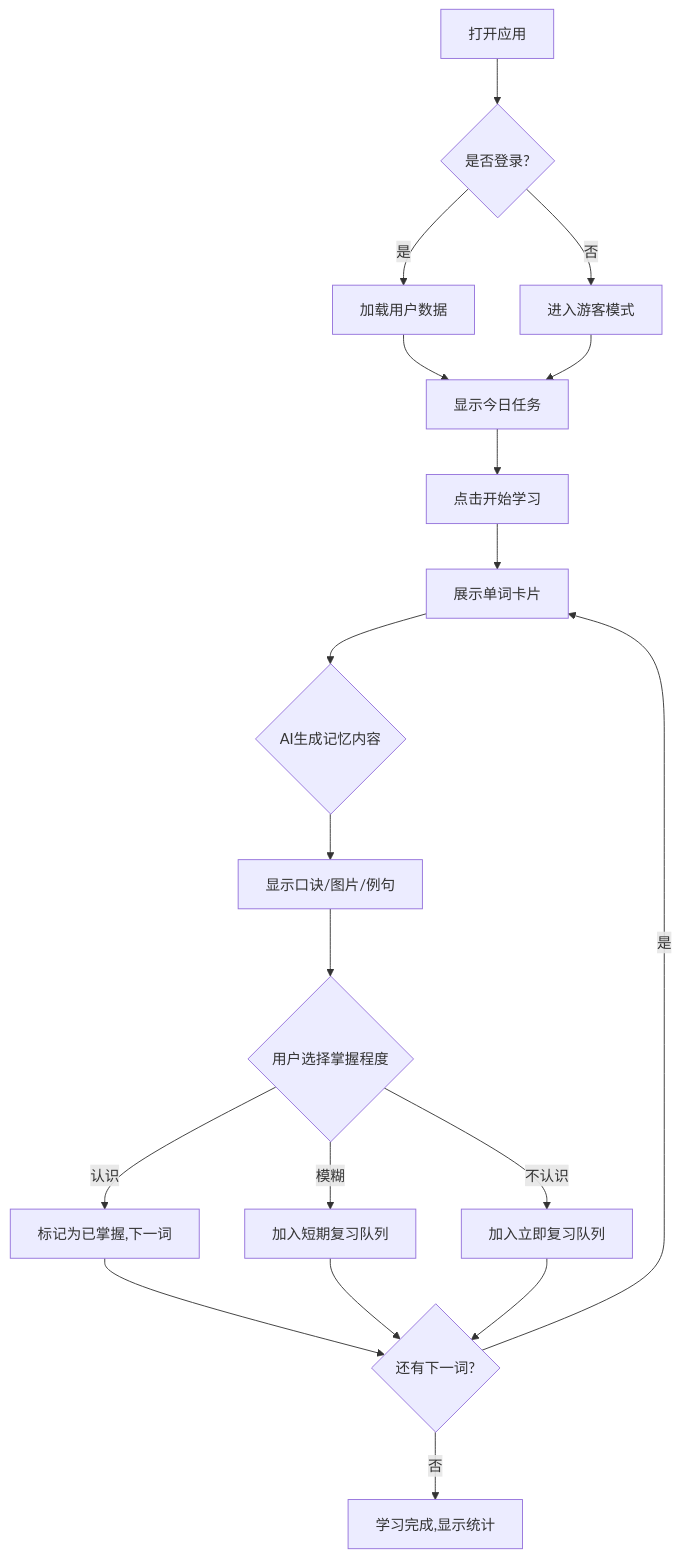
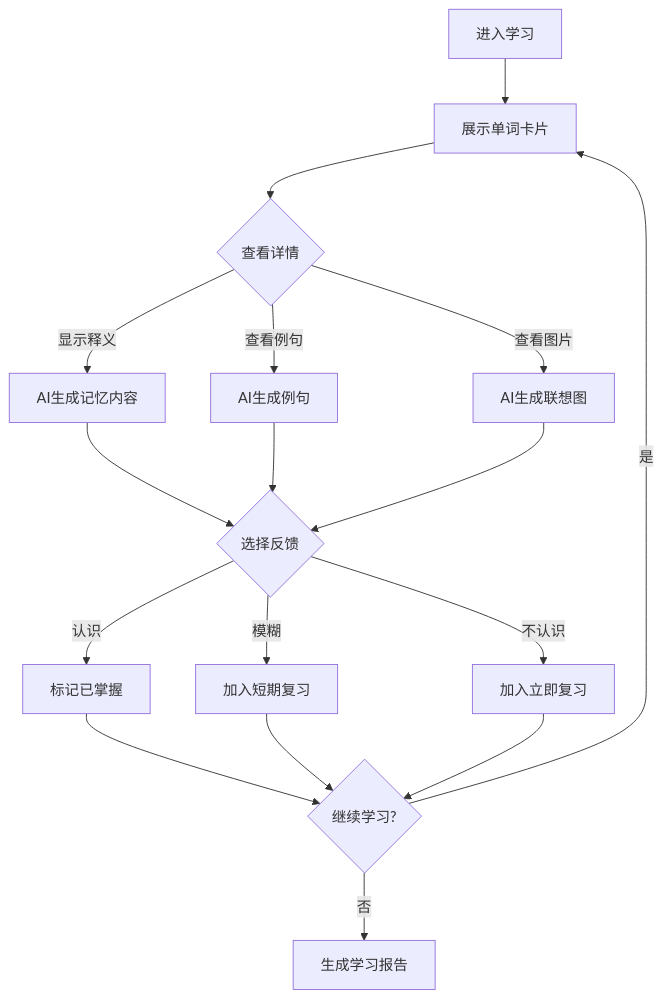
Before and after one commit to Duanl/aiwordbook: the diagram in .trae/documents/PRD.md, drawn with Mermaid. The commit also changed other lines of this file and 1 other file, not shown here.

````diff
--- a/.trae/documents/PRD.md
+++ b/.trae/documents/PRD.md
@@ -61,21 +98,19 @@
 ```mermaid
 flowchart TD
-    A[打开应用] --> B{是否登录?}
-    B -->|是| C[加载用户数据]
-    B -->|否| D[进入游客模式]
-    C --> E[显示今日任务]
-    D --> E
-    E --> F[点击开始学习]
-    F --> G[展示单词卡片]
-    G --> H{AI生成记忆内容}
-    H --> I[显示口诀/图片/例句]
-    I --> J{用户选择掌握程度}
-    J -->|认识| K[标记为已掌握,下一词]
-    J -->|模糊| L[加入短期复习队列]
-    J -->|不认识| M[加入立即复习队列]
-    K --> N{还有下一词?}
-    L --> N
-    M --> N
-    N -->|是| G
-    N -->|否| O[学习完成,显示统计]
+    A[进入学习] --> B[展示单词卡片]
+    B --> C{查看详情}
+    C -->|显示释义| D[AI生成记忆内容]
+    C -->|查看例句| E[AI生成例句]
+    C -->|查看图片| F[AI生成联想图]
+    D --> G{选择反馈}
+    E --> G
+    F --> G
+    G -->|认识| H[标记已掌握]
+    G -->|模糊| I[加入短期复习]
+    G -->|不认识| J[加入立即复习]
+    H --> K{继续学习?}
+    I --> K
+    J --> K
+    K -->|是| B
+    K -->|否| L[生成学习报告]
 ```
````
